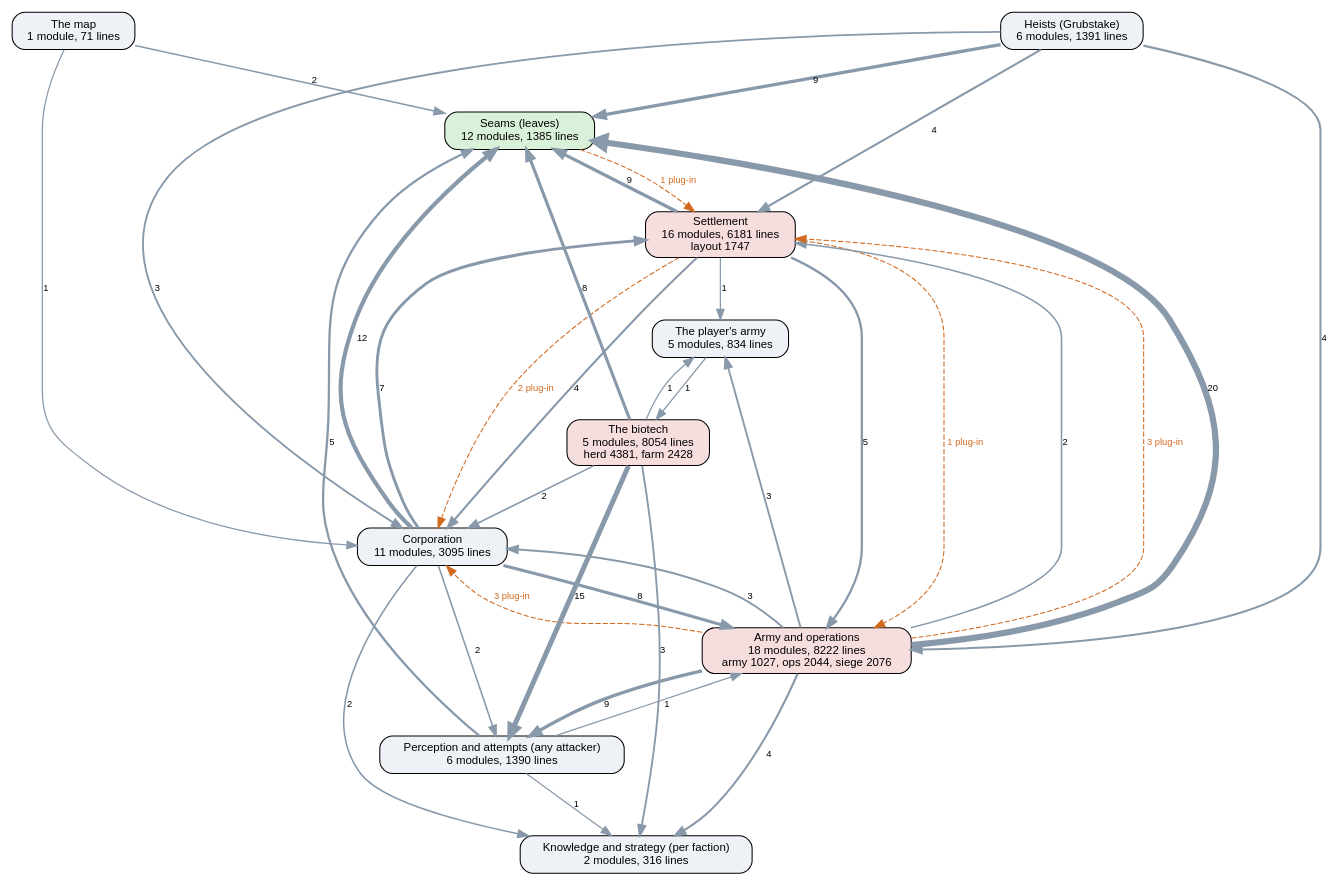
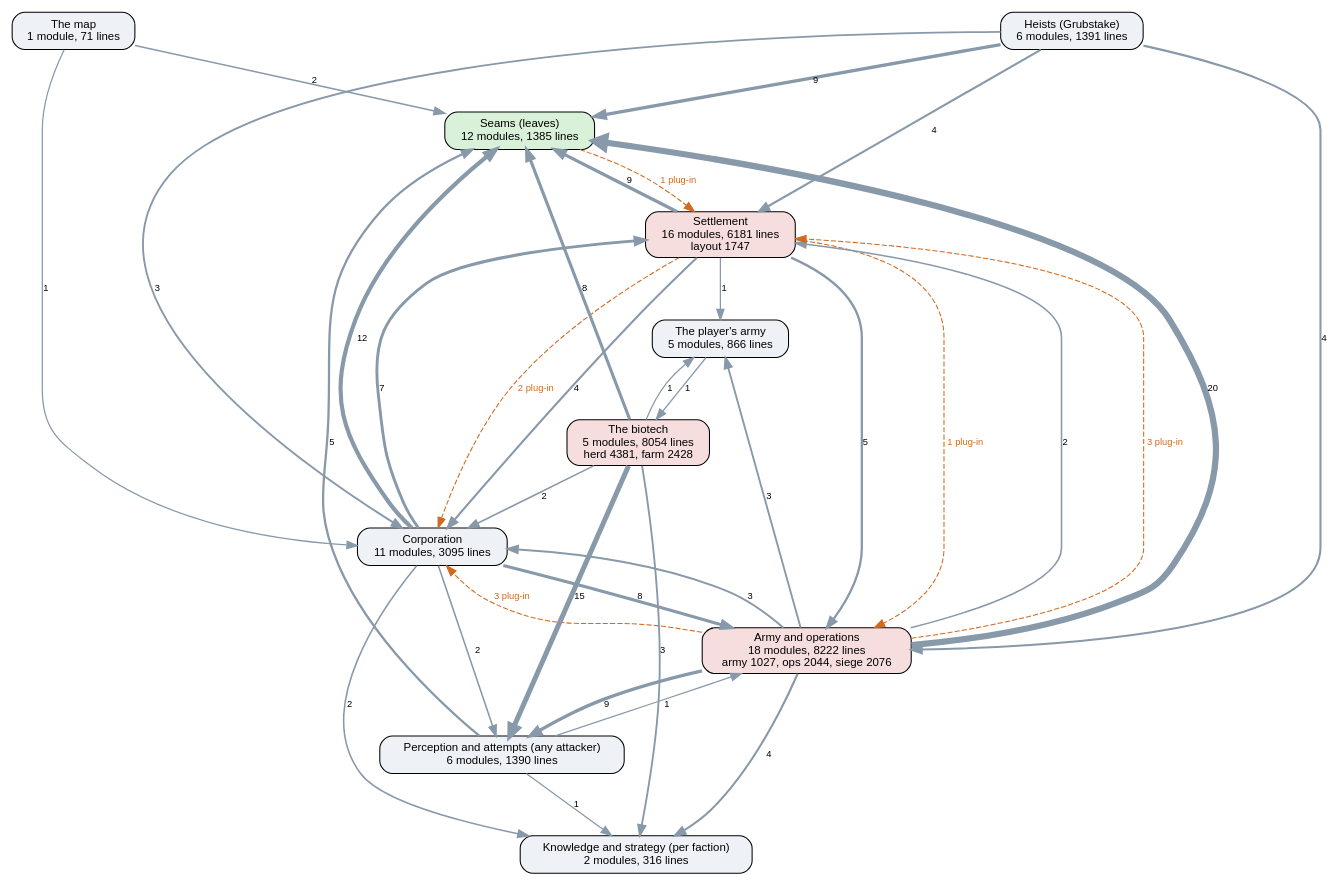
The diagram in docs/ai-layers.dot (kinelhu/landing-party), drawn with Graphviz before and after one commit. The commit also changed 10 other files, not shown here.

First line of the commit message:
0.2.251: the army charts the map round it (every 3 s, the chunks its units stand in and one round, but for a radar's; the player's units chart nothing of their own, read in a game); chartprobe checks the calls

```diff
--- a/docs/ai-layers.dot
+++ b/docs/ai-layers.dot
@@ -1,50 +1,50 @@
 digraph layers {
   graph [rankdir=TB, fontname="Helvetica", nodesep=0.5, ranksep=0.7];
   node [shape=box, style="rounded,filled", fontname="Helvetica", fontsize=11, fillcolor="#eef2f7"];
   edge [color="#8899aa", fontname="Helvetica", fontsize=9];
   "Seams (leaves)" [label="Seams (leaves)\n12 modules, 1385 lines", fillcolor="#d9f0d9"];
   "Perception and attempts (any attacker)" [label="Perception and attempts (any attacker)\n6 modules, 1390 lines", fillcolor="#eef2f7"];
   "Knowledge and strategy (per faction)" [label="Knowledge and strategy (per faction)\n2 modules, 316 lines", fillcolor="#eef2f7"];
   "Corporation" [label="Corporation\n11 modules, 3095 lines", fillcolor="#eef2f7"];
   "Settlement" [label="Settlement\n16 modules, 6181 lines\nlayout 1747", fillcolor="#f7dede"];
   "Army and operations" [label="Army and operations\n18 modules, 8222 lines\narmy 1027, ops 2044, siege 2076", fillcolor="#f7dede"];
   "Heists (Grubstake)" [label="Heists (Grubstake)\n6 modules, 1391 lines", fillcolor="#eef2f7"];
   "The biotech" [label="The biotech\n5 modules, 8054 lines\nherd 4381, farm 2428", fillcolor="#f7dede"];
   "The map" [label="The map\n1 module, 71 lines", fillcolor="#eef2f7"];
-  "The player's army" [label="The player's army\n5 modules, 834 lines", fillcolor="#eef2f7"];
+  "The player's army" [label="The player's army\n5 modules, 866 lines", fillcolor="#eef2f7"];
   "Army and operations" -> "Corporation" [label="3", penwidth=1.8];
   "Army and operations" -> "Knowledge and strategy (per faction)" [label="4", penwidth=2.0];
   "Army and operations" -> "Perception and attempts (any attacker)" [label="9", penwidth=3.2];
   "Army and operations" -> "Seams (leaves)" [label="20", penwidth=6.0];
   "Army and operations" -> "Settlement" [label="2", penwidth=1.5];
   "Army and operations" -> "The player's army" [label="3", penwidth=1.8];
   "Corporation" -> "Army and operations" [label="8", penwidth=3.0];
   "Corporation" -> "Knowledge and strategy (per faction)" [label="2", penwidth=1.5];
   "Corporation" -> "Perception and attempts (any attacker)" [label="2", penwidth=1.5];
   "Corporation" -> "Seams (leaves)" [label="12", penwidth=4.0];
   "Corporation" -> "Settlement" [label="7", penwidth=2.8];
   "Heists (Grubstake)" -> "Army and operations" [label="4", penwidth=2.0];
   "Heists (Grubstake)" -> "Corporation" [label="3", penwidth=1.8];
   "Heists (Grubstake)" -> "Seams (leaves)" [label="9", penwidth=3.2];
   "Heists (Grubstake)" -> "Settlement" [label="4", penwidth=2.0];
   "Perception and attempts (any attacker)" -> "Army and operations" [label="1", penwidth=1.2];
   "Perception and attempts (any attacker)" -> "Knowledge and strategy (per faction)" [label="1", penwidth=1.2];
   "Perception and attempts (any attacker)" -> "Seams (leaves)" [label="5", penwidth=2.2];
   "Settlement" -> "Army and operations" [label="5", penwidth=2.2];
   "Settlement" -> "Corporation" [label="4", penwidth=2.0];
   "Settlement" -> "Seams (leaves)" [label="9", penwidth=3.2];
   "Settlement" -> "The player's army" [label="1", penwidth=1.2];
   "The biotech" -> "Corporation" [label="2", penwidth=1.5];
   "The biotech" -> "Knowledge and strategy (per faction)" [label="3", penwidth=1.8];
   "The biotech" -> "Perception and attempts (any attacker)" [label="15", penwidth=4.8];
   "The biotech" -> "Seams (leaves)" [label="8", penwidth=3.0];
   "The biotech" -> "The player's army" [label="1", penwidth=1.2];
   "The map" -> "Corporation" [label="1", penwidth=1.2];
   "The map" -> "Seams (leaves)" [label="2", penwidth=1.5];
   "The player's army" -> "The biotech" [label="1", penwidth=1.2];
   "Army and operations" -> "Corporation" [style=dashed, color="#d2691e", fontcolor="#d2691e", label="3 plug-in"];
   "Army and operations" -> "Settlement" [style=dashed, color="#d2691e", fontcolor="#d2691e", label="3 plug-in"];
   "Seams (leaves)" -> "Settlement" [style=dashed, color="#d2691e", fontcolor="#d2691e", label="1 plug-in"];
   "Settlement" -> "Army and operations" [style=dashed, color="#d2691e", fontcolor="#d2691e", label="1 plug-in"];
   "Settlement" -> "Corporation" [style=dashed, color="#d2691e", fontcolor="#d2691e", label="2 plug-in"];
 }
```
